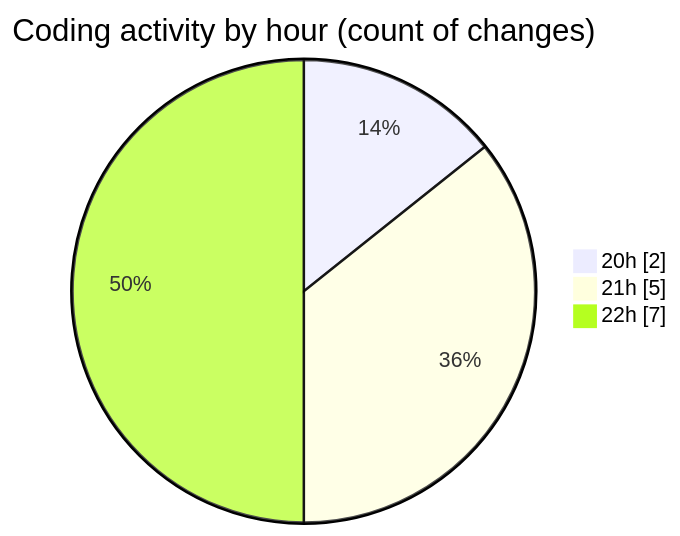
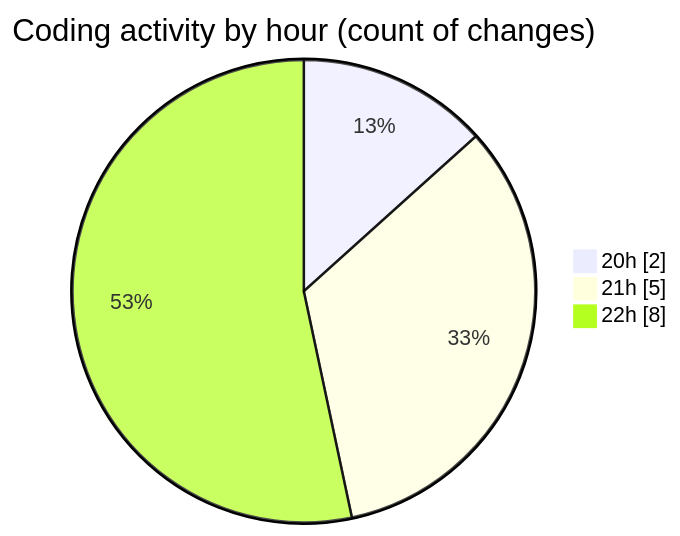
The second of 2 diagrams in 2025-12-23/technologie_web/README.md (hasnaa123/code-tracking), drawn with Mermaid before and after one commit. The commit also changed other lines of this file and 1 other file, not shown here.

````diff
--- a/2025-12-23/technologie_web/README.md
+++ b/2025-12-23/technologie_web/README.md
@@ -28,7 +28,7 @@
 ```mermaid
 pie showData
 title Coding activity by hour (count of changes)
 "20h" : 2
 "21h" : 5
-"22h" : 7
+"22h" : 8
 ```
````
